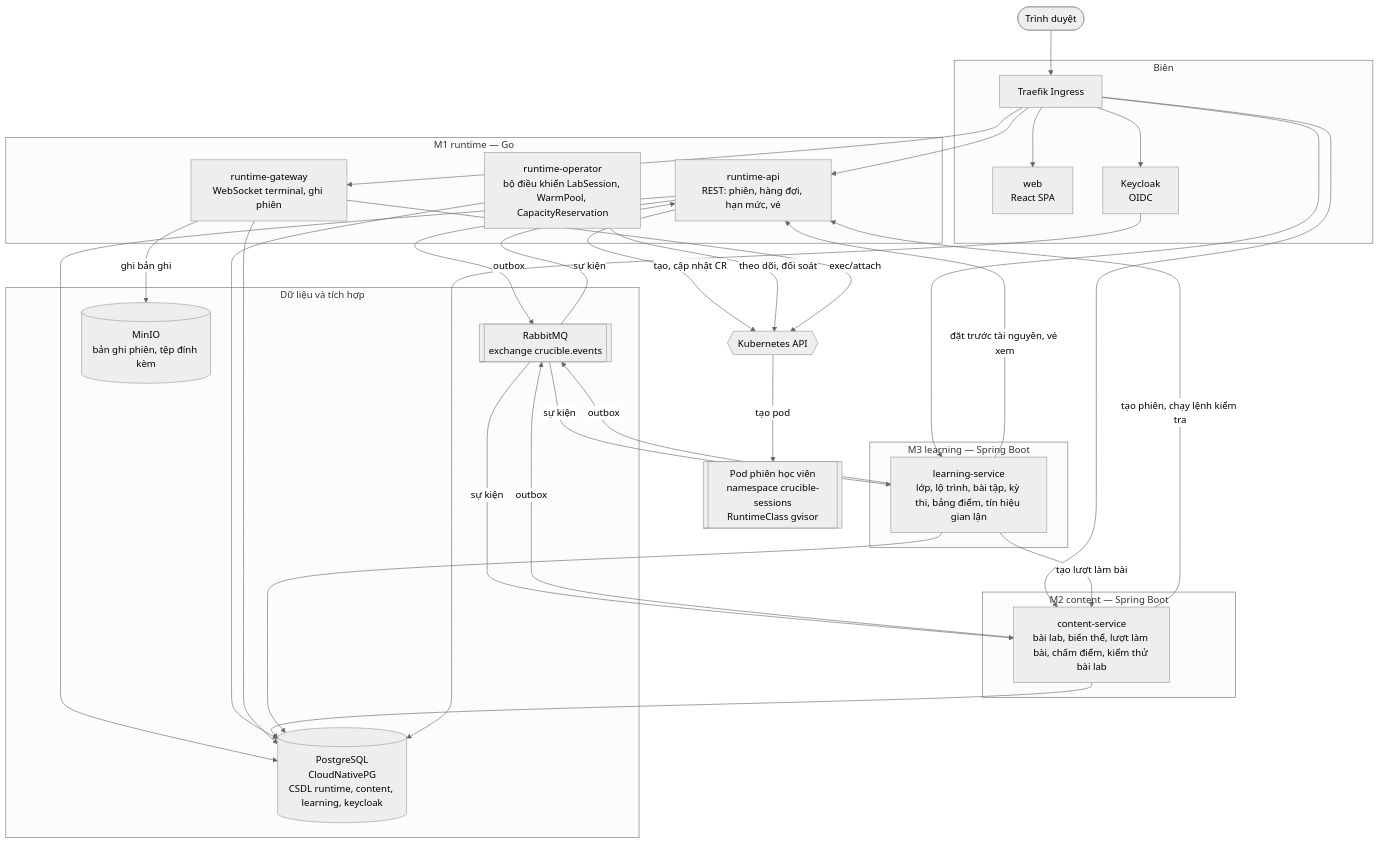
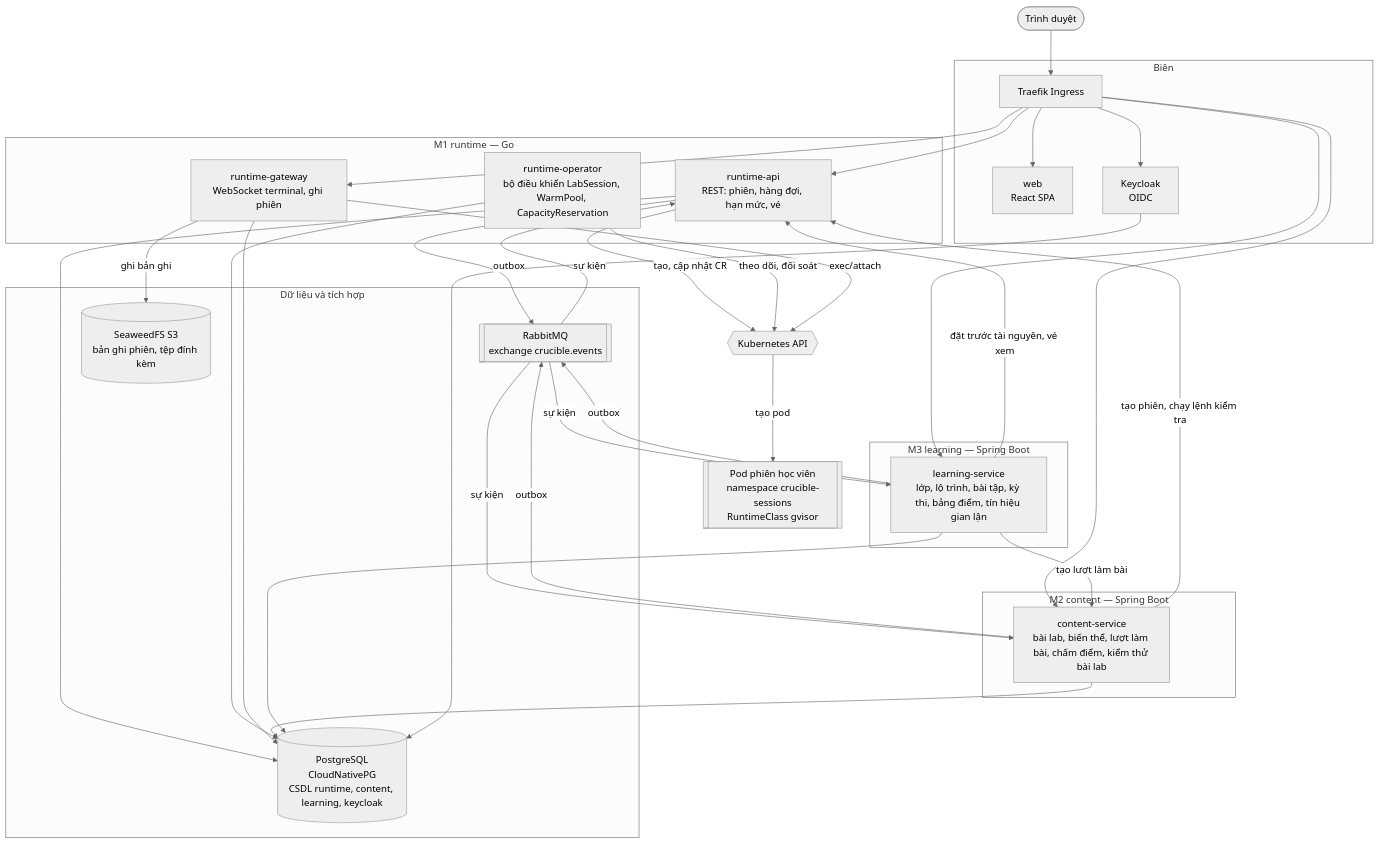
Before and after one commit to NhatMinh0311/Crucible: the second of 10 diagrams in docs/02-kien-truc.md, drawn with Mermaid (neutral theme). The commit also changed other lines of this file and 9 other files, not shown here.

First line of the commit message:
Thay MinIO bằng SeaweedFS (ADR-0014); nâng phiên bản công nghệ

````diff
--- a/docs/02-kien-truc.md
+++ b/docs/02-kien-truc.md
@@ -51,50 +51,50 @@
 ```mermaid
 flowchart TB
     browser([Trình duyệt])
 
     subgraph edge[Biên]
         ingress[Traefik Ingress]
         web[web<br/>React SPA]
         idp[Keycloak<br/>OIDC]
     end
 
     subgraph m1[M1 runtime — Go]
         rapi[runtime-api<br/>REST: phiên, hàng đợi, hạn mức, vé]
         rgw[runtime-gateway<br/>WebSocket terminal, ghi phiên]
         rop[runtime-operator<br/>bộ điều khiển LabSession, WarmPool, CapacityReservation]
     end
 
     subgraph m2[M2 content — Spring Boot]
         content[content-service<br/>bài lab, biến thể, lượt làm bài, chấm điểm, kiểm thử bài lab]
     end
 
     subgraph m3[M3 learning — Spring Boot]
         learning[learning-service<br/>lớp, lộ trình, bài tập, kỳ thi, bảng điểm, tín hiệu gian lận]
     end
 
     subgraph data[Dữ liệu và tích hợp]
         pg[(PostgreSQL<br/>CloudNativePG<br/>CSDL runtime, content, learning, keycloak)]
         mq[[RabbitMQ<br/>exchange crucible.events]]
-        s3[(MinIO<br/>bản ghi phiên, tệp đính kèm)]
+        s3[(SeaweedFS S3<br/>bản ghi phiên, tệp đính kèm)]
     end
 
     kapi{{Kubernetes API}}
     sessions[[Pod phiên học viên<br/>namespace crucible-sessions<br/>RuntimeClass gvisor]]
 
     browser --> ingress
     ingress --> web & idp & rapi & rgw & content & learning
     learning -- "tạo lượt làm bài" --> content
     content -- "tạo phiên, chạy lệnh kiểm tra" --> rapi
     learning -- "đặt trước tài nguyên, vé xem" --> rapi
     rapi -- "tạo, cập nhật CR" --> kapi
     rop -- "theo dõi, đối soát" --> kapi
     kapi -- "tạo pod" --> sessions
     rgw -- "exec/attach" --> kapi
     rgw -- "ghi bản ghi" --> s3
     rapi & content & learning -- outbox --> mq
     mq -- "sự kiện" --> rapi & content & learning
     rapi & rop & rgw --> pg
     content --> pg
     learning --> pg
     idp --> pg
 ```
````
